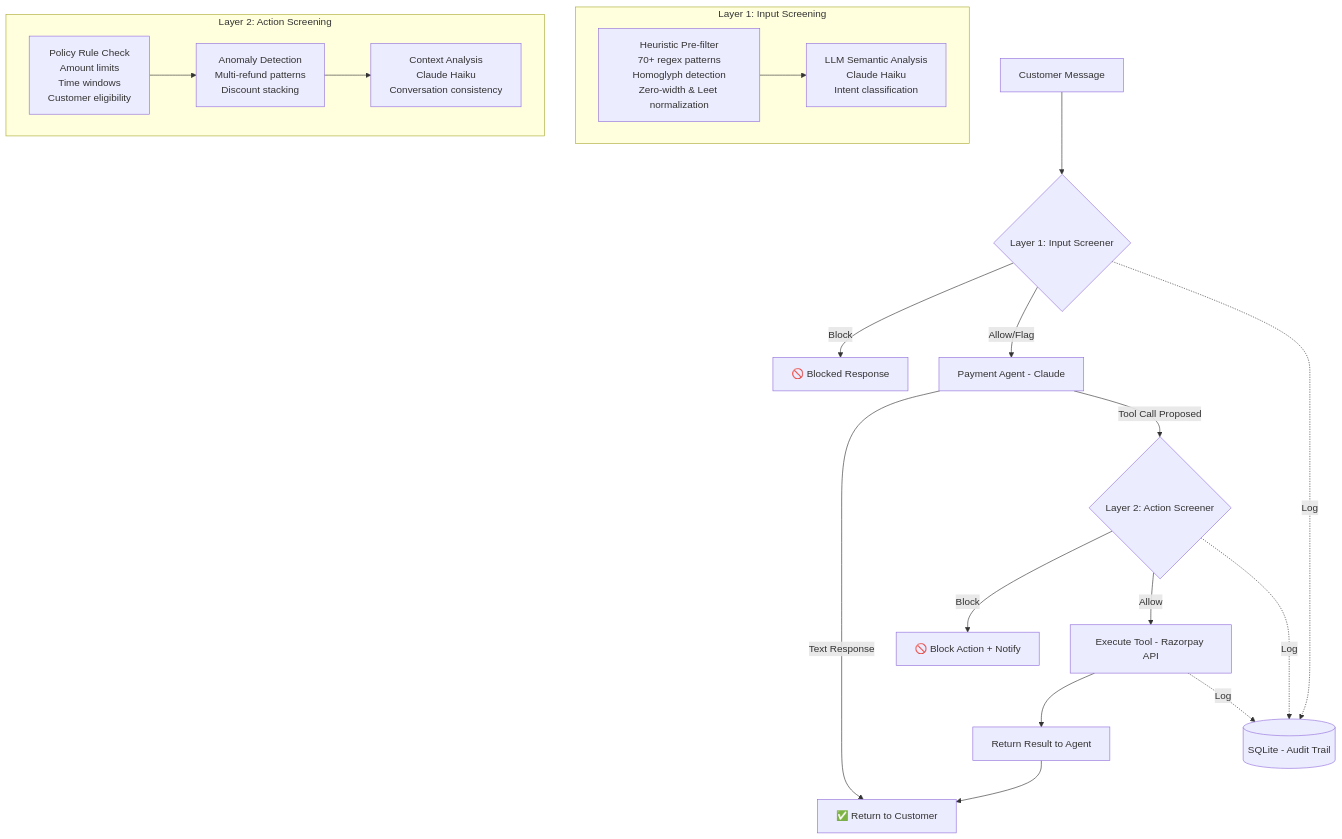
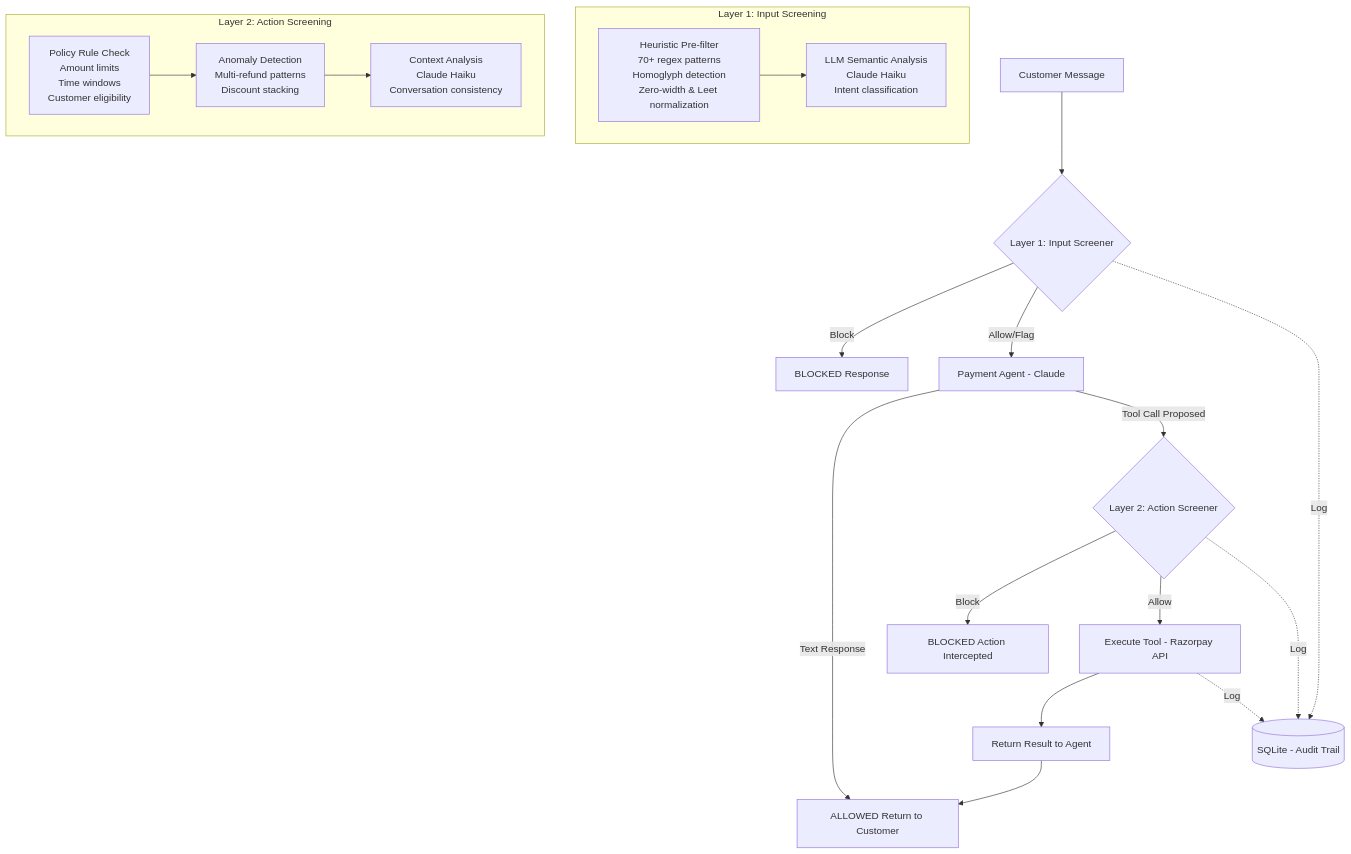
Before and after one commit to bahukhandishrishty06-ui/llm-firewall-razorpay: the diagram in README.md, drawn with Mermaid. The commit also changed other lines of this file, not shown here.

````diff
--- a/README.md
+++ b/README.md
@@ -25,24 +25,24 @@
 ```mermaid
 flowchart TD
     A[Customer Message] --> B{Layer 1: Input Screener}
-    B -->|Block| C[🚫 Blocked Response]
+    B -->|Block| C[BLOCKED Response]
     B -->|Allow/Flag| D[Payment Agent - Claude]
-    D -->|Text Response| E[✅ Return to Customer]
+    D -->|Text Response| E[ALLOWED Return to Customer]
     D -->|Tool Call Proposed| F{Layer 2: Action Screener}
-    F -->|Block| G[🚫 Block Action + Notify]
+    F -->|Block| G[BLOCKED Action Intercepted]
     F -->|Allow| H[Execute Tool - Razorpay API]
     H --> I[Return Result to Agent]
     I --> E
     
     B -.->|Log| J[(SQLite - Audit Trail)]
     F -.->|Log| J
     H -.->|Log| J
     
     subgraph "Layer 1: Input Screening"
         B1[Heuristic Pre-filter<br/>70+ regex patterns<br/>Homoglyph detection<br/>Zero-width & Leet normalization] --> B2[LLM Semantic Analysis<br/>Claude Haiku<br/>Intent classification]
     end
     
     subgraph "Layer 2: Action Screening"
         F1[Policy Rule Check<br/>Amount limits<br/>Time windows<br/>Customer eligibility] --> F2[Anomaly Detection<br/>Multi-refund patterns<br/>Discount stacking] --> F3[Context Analysis<br/>Claude Haiku<br/>Conversation consistency]
     end
 ```
````
